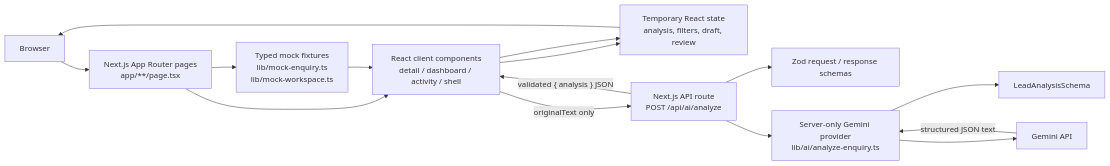
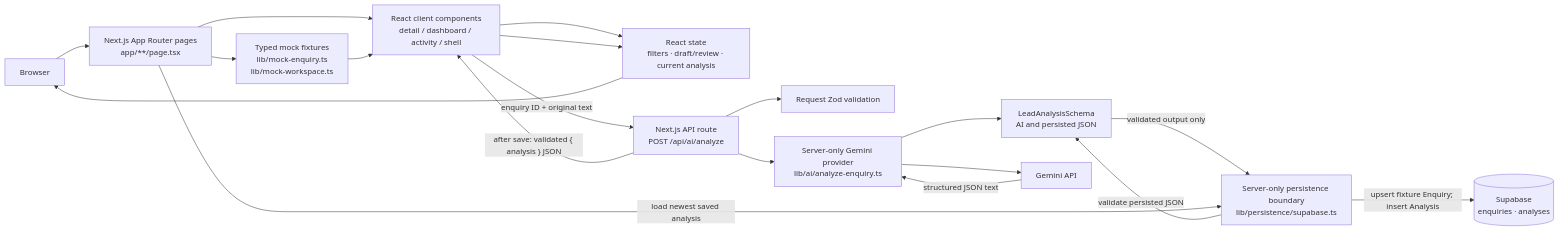
One commit to nthnmillar/morrow-ai-lead changed the first of 2 diagrams in ARCHITECTURE_WALKTHROUGH.md. Above: the diagram before and after it, drawn with Mermaid. The commit also changed other lines of this file and 1 other file, not shown here.

Commit message:
Update architecture docs for persistence

````diff
--- a/ARCHITECTURE_WALKTHROUGH.md
+++ b/ARCHITECTURE_WALKTHROUGH.md
@@ -18,28 +15,34 @@
 ```mermaid
 flowchart LR
   Browser["Browser"]
   Routes["Next.js App Router pages<br/>app/**/page.tsx"]
   Fixtures["Typed mock fixtures<br/>lib/mock-enquiry.ts<br/>lib/mock-workspace.ts"]
   Client["React client components<br/>detail / dashboard / activity / shell"]
-  State["Temporary React state<br/>analysis, filters, draft, review"]
+  State["React state<br/>filters · draft/review · current analysis"]
   API["Next.js API route<br/>POST /api/ai/analyze"]
-  RequestSchema["Zod request / response schemas"]
+  RequestSchema["Request Zod validation"]
   Provider["Server-only Gemini provider<br/>lib/ai/analyze-enquiry.ts"]
-  AnalysisSchema["LeadAnalysisSchema"]
+  AnalysisSchema["LeadAnalysisSchema<br/>AI and persisted JSON"]
   Gemini["Gemini API"]
+  Persistence["Server-only persistence boundary<br/>lib/persistence/supabase.ts"]
+  Supabase[("Supabase<br/>enquiries · analyses")]
 
   Browser --> Routes
   Routes --> Fixtures
   Routes --> Client
   Fixtures --> Client
   Client --> State
-  Client -- "originalText only" --> API
+  Client -- "enquiry ID + original text" --> API
   API --> RequestSchema
   API --> Provider
   Provider --> Gemini
   Provider --> AnalysisSchema
   Gemini -- "structured JSON text" --> Provider
-  API -- "validated { analysis } JSON" --> Client
+  AnalysisSchema -->|"validated output only"| Persistence
+  Persistence -->|"upsert fixture Enquiry; insert Analysis"| Supabase
+  Routes -->|"load newest saved analysis"| Persistence
+  Persistence -->|"validate persisted JSON"| AnalysisSchema
+  API -->|"after save: validated { analysis } JSON"| Client
   Client --> State
   State --> Browser
 ```
````
